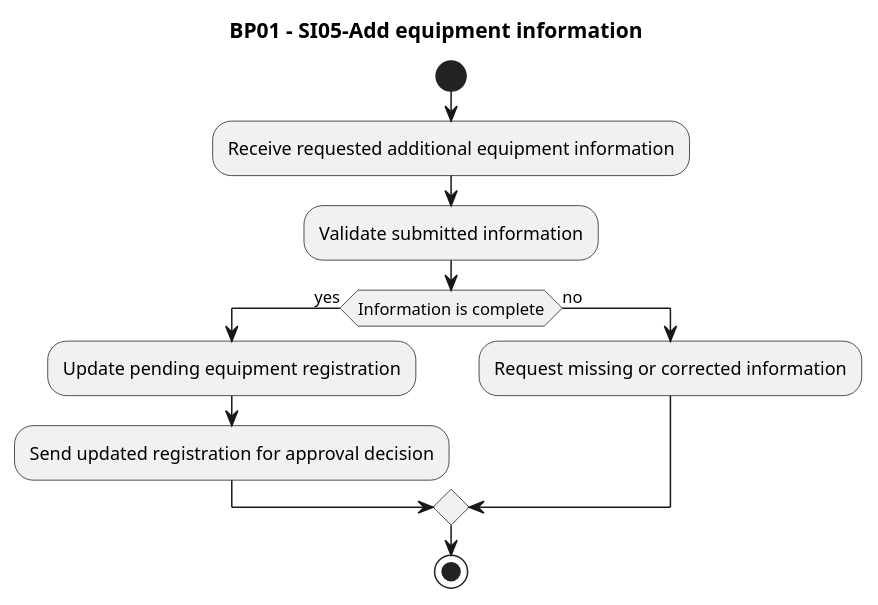
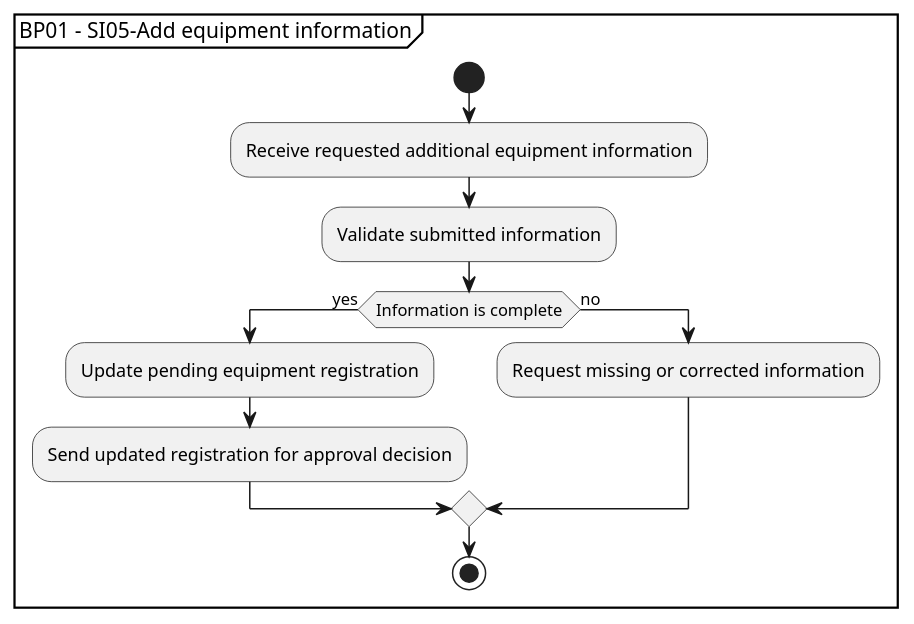
Before and after one commit to aaberg/builders-clinic-fix-me: the diagram in 2.System Interactions/1.SystemInteractionDiagrams/BP01-SI05-Add-equipment-information.puml, drawn with PlantUML. The commit also changed 54 other files, not shown here.

```diff
--- a/2.System Interactions/1.SystemInteractionDiagrams/BP01-SI05-Add-equipment-information.puml
+++ b/2.System Interactions/1.SystemInteractionDiagrams/BP01-SI05-Add-equipment-information.puml
@@ -1,15 +1,16 @@
 @startuml
-title BP01 - SI05-Add equipment information
 
-start
-:Receive requested additional equipment information;
-:Validate submitted information;
-if (Information is complete) then (yes)
-  :Update pending equipment registration;
-  :Send updated registration for approval decision;
-else (no)
-  :Request missing or corrected information;
-endif
-stop
+partition "BP01 - SI05-Add equipment information" {
+  start
+  :Receive requested additional equipment information;
+  :Validate submitted information;
+  if (Information is complete) then (yes)
+    :Update pending equipment registration;
+    :Send updated registration for approval decision;
+  else (no)
+    :Request missing or corrected information;
+  endif
+  stop
+}
 
 @enduml
```
